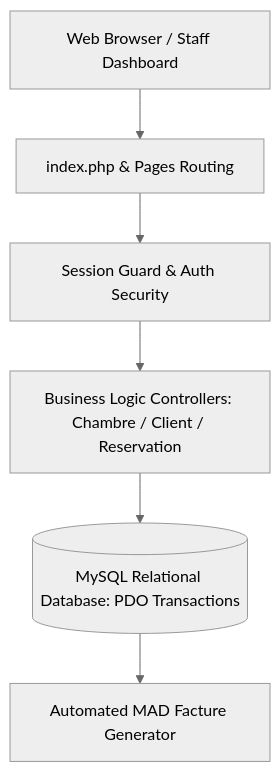
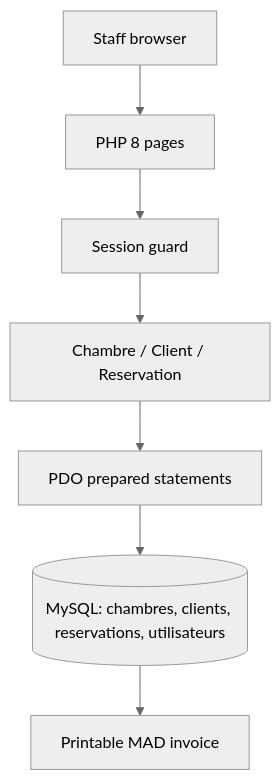
Before and after one commit to 0dh4m/hotel-management-system: the diagram in README.md, drawn with Mermaid (neutral theme). The commit also changed other lines of this file and 5 other files, not shown here.

````diff
--- a/README.md
+++ b/README.md
@@ -39,8 +68,9 @@
 ```mermaid
 flowchart TD
-    Client[Web Browser / Staff Dashboard] --> Router[index.php & Pages Routing]
-    Router --> Session[Session Guard & Auth Security]
-    Session --> Controller[Business Logic Controllers: Chambre / Client / Reservation]
-    Controller --> DB[(MySQL Relational Database: PDO Transactions)]
-    DB --> Invoice[Automated MAD Facture Generator]
+    Browser[Staff browser] --> PHP[PHP 8 pages]
+    PHP --> Auth[Session guard]
+    Auth --> Objects[Chambre / Client / Reservation]
+    Objects --> PDO[PDO prepared statements]
+    PDO --> MySQL[(MySQL: chambres, clients, reservations, utilisateurs)]
+    MySQL --> Invoice[Printable MAD invoice]
 ```
````
